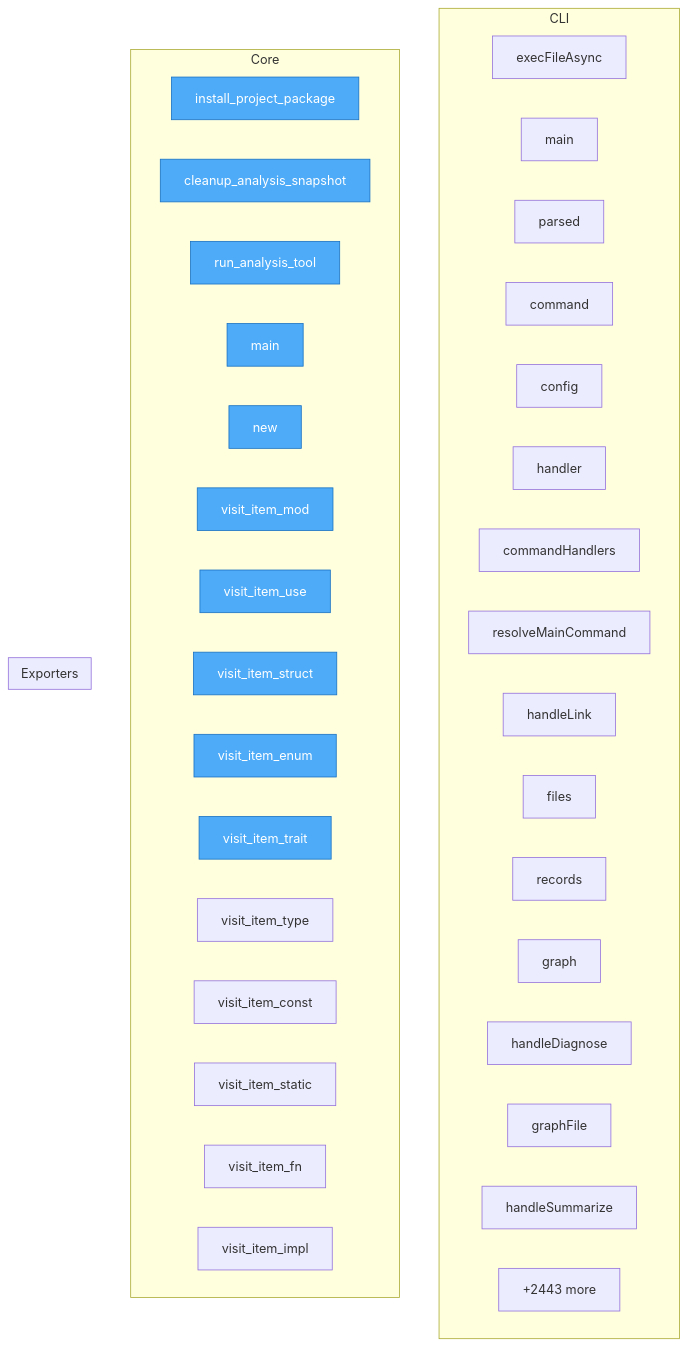
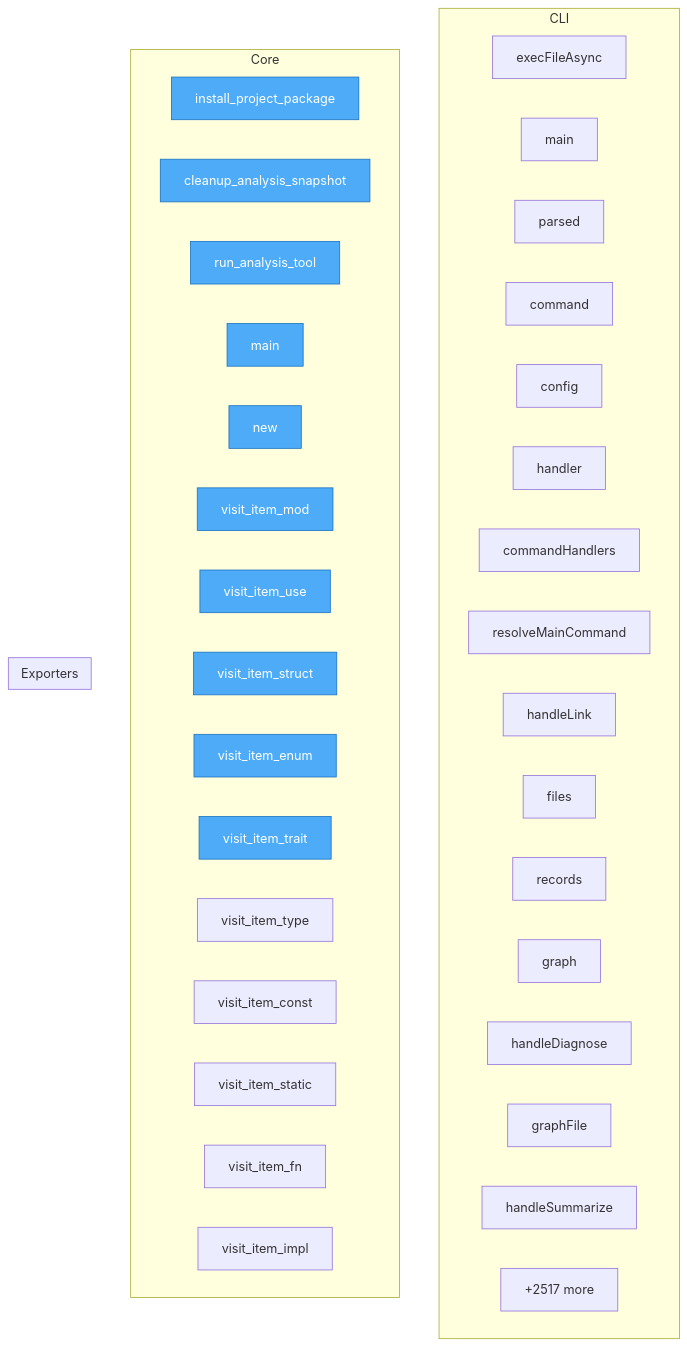
One commit to autogrammar/todo2code changed the diagram in project/flow.mmd. Above: the diagram before and after it, drawn with Mermaid. The commit also changed 62 other files, not shown here.

```diff
--- a/project/flow.mmd
+++ b/project/flow.mmd
@@ -1,48 +1,48 @@
 flowchart TD
-%% generated in 0.09s
+%% generated in 0.04s
 
     %% Entry points (blue)
     classDef entry fill:#4dabf7,stroke:#1971c2,color:#fff
 
     subgraph CLI
         src__cli__execFileAsync["execFileAsync"]
         src__cli__main["main"]
         src__cli__parsed["parsed"]
         src__cli__command["command"]
         src__cli__config["config"]
         src__cli__handler["handler"]
         src__cli__commandHandlers["commandHandlers"]
         src__cli__resolveMainCommand["resolveMainCommand"]
         src__cli__handleLink["handleLink"]
         src__cli__files["files"]
         src__cli__records["records"]
         src__cli__graph["graph"]
         src__cli__handleDiagnose["handleDiagnose"]
         src__cli__graphFile["graphFile"]
         src__cli__handleSummarize["handleSummarize"]
         ...["+109 more"]
     end
 
     subgraph Core
         project__install_project_package["install_project_package"]
         project__cleanup_analysis_snapshot["cleanup_analysis_snapshot"]
         project__run_analysis_tool["run_analysis_tool"]
         rust_ast__src__main__main["main"]
         rust_ast__src__main__new["new"]
         rust_ast__src__main__visit_item_mod["visit_item_mod"]
         rust_ast__src__main__visit_item_use["visit_item_use"]
         rust_ast__src__main__visit_item_struct["visit_item_struct"]
         rust_ast__src__main__visit_item_enum["visit_item_enum"]
         rust_ast__src__main__visit_item_trait["visit_item_trait"]
         rust_ast__src__main__visit_item_type["visit_item_type"]
         rust_ast__src__main__visit_item_const["visit_item_const"]
         rust_ast__src__main__visit_item_static["visit_item_static"]
         rust_ast__src__main__visit_item_fn["visit_item_fn"]
         rust_ast__src__main__visit_item_impl["visit_item_impl"]
-        ...["+2443 more"]
+        ...["+2517 more"]
     end
 
     subgraph Exporters
     end
 
     class project__install_project_package,project__cleanup_analysis_snapshot,project__run_analysis_tool,rust_ast__src__main__main,rust_ast__src__main__new,rust_ast__src__main__visit_item_mod,rust_ast__src__main__visit_item_use,rust_ast__src__main__visit_item_struct,rust_ast__src__main__visit_item_enum,rust_ast__src__main__visit_item_trait entry
```
